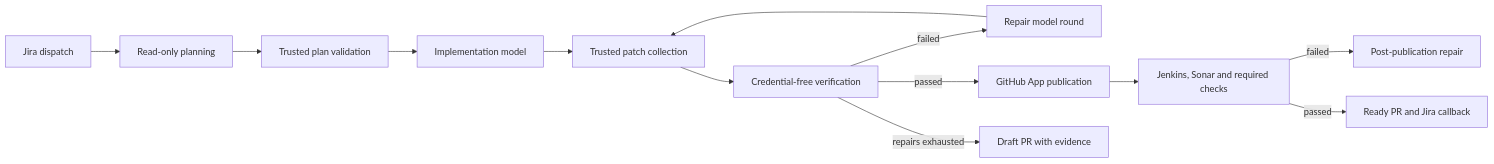
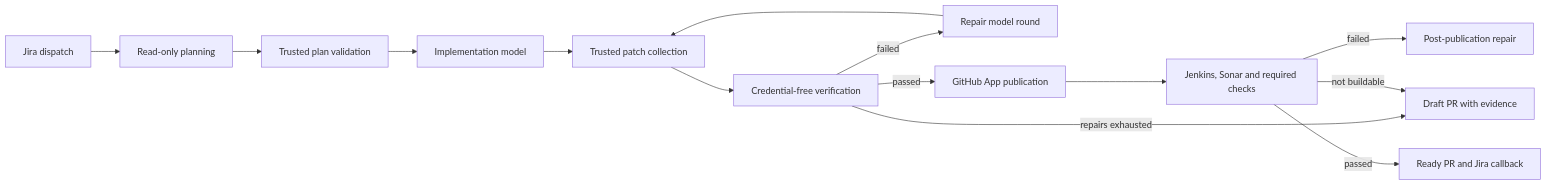
The first of 3 diagrams in docs/workflow-architecture.md (hmcts/codex-agent-workflows), drawn with Mermaid before and after one commit. The commit also changed 15 other files, not shown here.

````diff
--- a/docs/workflow-architecture.md
+++ b/docs/workflow-architecture.md
@@ -8,15 +8,16 @@
 ```mermaid
 flowchart LR
     Jira[Jira dispatch] --> Plan[Read-only planning]
     Plan --> Validate[Trusted plan validation]
     Validate --> Generate[Implementation model]
     Generate --> Collect[Trusted patch collection]
     Collect --> Verify[Credential-free verification]
     Verify -->|failed| Repair[Repair model round]
     Repair --> Collect
     Verify -->|passed| Publish[GitHub App publication]
     Verify -->|repairs exhausted| Draft[Draft PR with evidence]
     Publish --> Checks[Jenkins, Sonar and required checks]
     Checks -->|failed| PostRepair[Post-publication repair]
+    Checks -->|not buildable| Draft
     Checks -->|passed| Ready[Ready PR and Jira callback]
 ```
````
